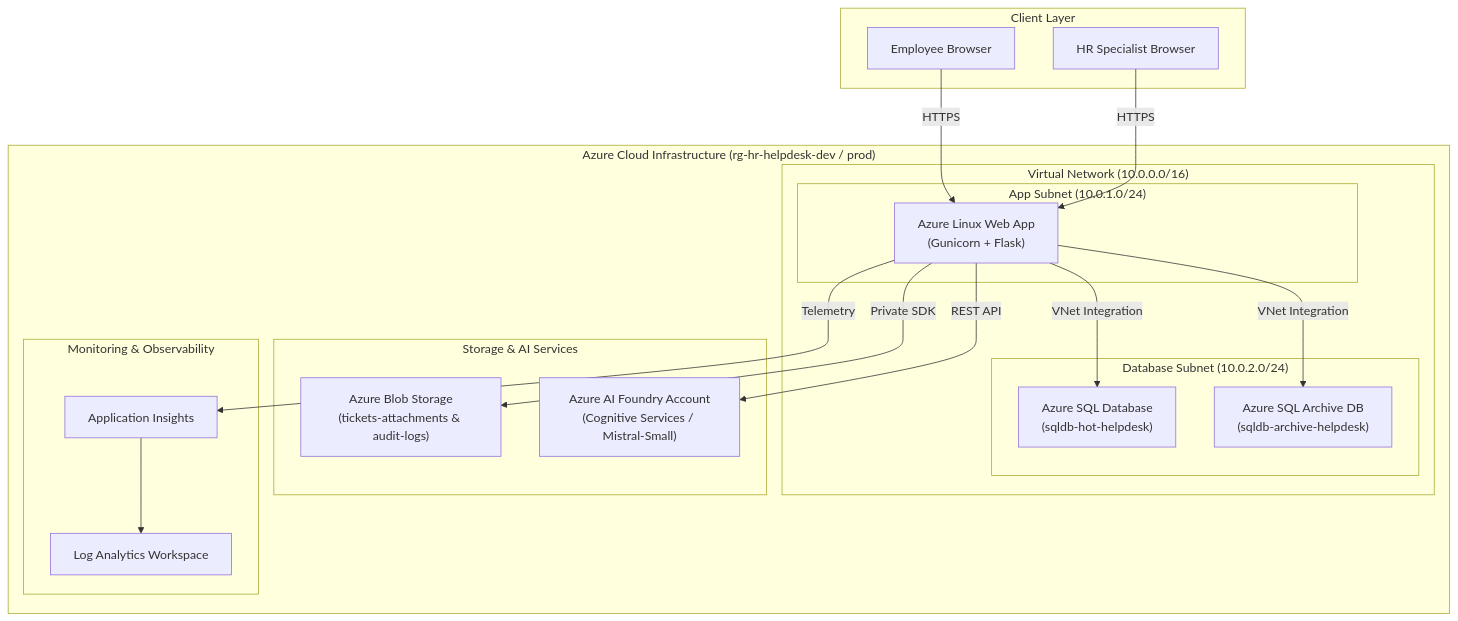
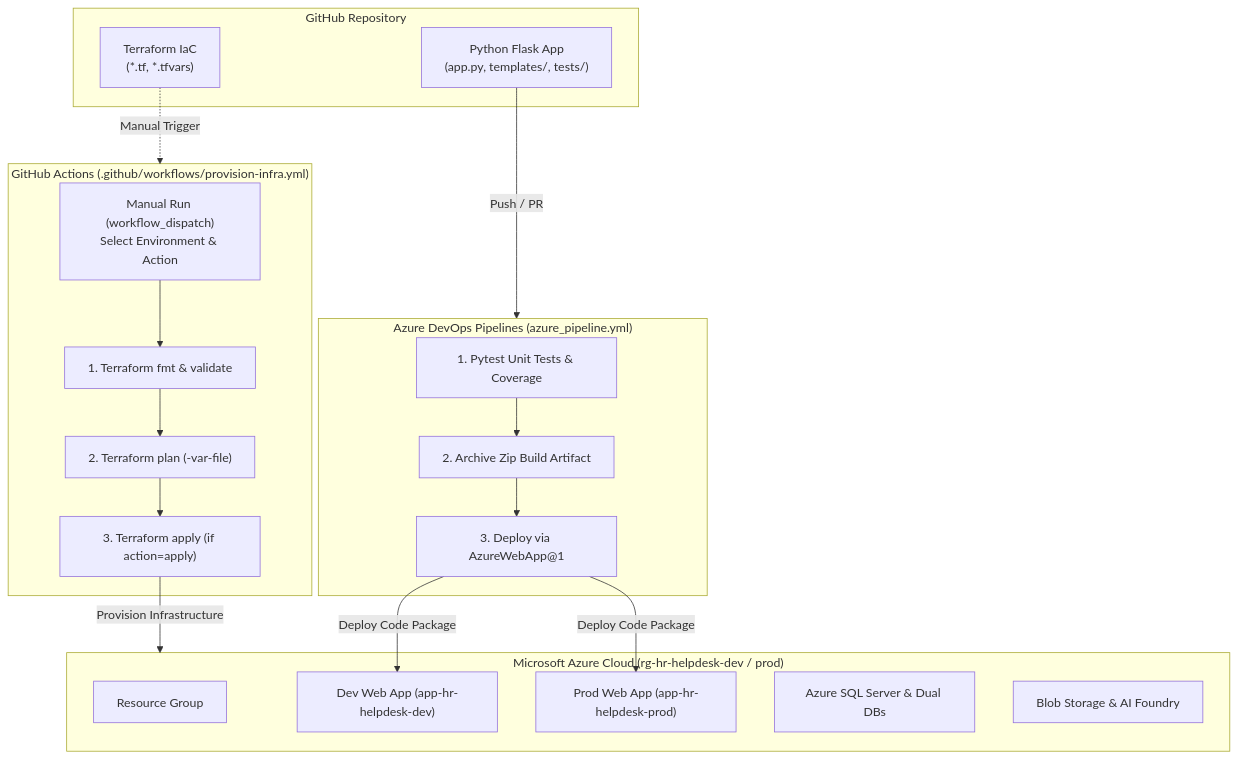
One commit to vigneshSrinivasan2005/my-azure-testing-ground changed the diagram in README.md. Above: the diagram before and after it, drawn with Mermaid. The commit also changed other lines of this file and 2 other files, not shown here.

Commit message:
feat: add GitHub Actions workflow for manual Terraform infrastructure provisioning and update documentation

````diff
--- a/README.md
+++ b/README.md
@@ -16,39 +16,37 @@
 ```mermaid
 flowchart TD
-    subgraph ClientLayer ["Client Layer"]
-        Employee["Employee Browser"]
-        HR["HR Specialist Browser"]
+    subgraph Repo ["GitHub Repository"]
+        InfraFiles["Terraform IaC\n(*.tf, *.tfvars)"]
+        AppFiles["Python Flask App\n(app.py, templates/, tests/)"]
     end
 
-    subgraph AzureCloud ["Azure Cloud Infrastructure (rg-hr-helpdesk-dev / prod)"]
-        subgraph VNet ["Virtual Network (10.0.0.0/16)"]
-            subgraph AppSubnet ["App Subnet (10.0.1.0/24)"]
-                WebApp["Azure Linux Web App\n(Gunicorn + Flask)"]
-            end
-
-            subgraph DBSubnet ["Database Subnet (10.0.2.0/24)"]
-                SQLHot["Azure SQL Database\n(sqldb-hot-helpdesk)"]
-                SQLArchive["Azure SQL Archive DB\n(sqldb-archive-helpdesk)"]
-            end
-        end
-
-        subgraph StorageLayer ["Storage & AI Services"]
-            BlobStorage["Azure Blob Storage\n(tickets-attachments & audit-logs)"]
-            AIFoundry["Azure AI Foundry Account\n(Cognitive Services / Mistral-Small)"]
-        end
-
-        subgraph MonitoringLayer ["Monitoring & Observability"]
-            AppInsights["Application Insights"]
-            LogAnalytics["Log Analytics Workspace"]
-        end
+    subgraph GitHubActions ["GitHub Actions (.github/workflows/provision-infra.yml)"]
+        ManualTrigger["Manual Run (workflow_dispatch)\nSelect Environment & Action"]
+        TFValidate["1. Terraform fmt & validate"]
+        TFPlan["2. Terraform plan (-var-file)"]
+        TFApply["3. Terraform apply (if action=apply)"]
     end
 
-    Employee -->|HTTPS| WebApp
-    HR -->|HTTPS| WebApp
-    WebApp -->|VNet Integration| SQLHot
-    WebApp -->|VNet Integration| SQLArchive
-    WebApp -->|Private SDK| BlobStorage
-    WebApp -->|REST API| AIFoundry
-    WebApp -->|Telemetry| AppInsights
-    AppInsights --> LogAnalytics
+    subgraph AzureDevOps ["Azure DevOps Pipelines (azure_pipeline.yml)"]
+        PyTest["1. Pytest Unit Tests & Coverage"]
+        PackageApp["2. Archive Zip Build Artifact"]
+        DeployApp["3. Deploy via AzureWebApp@1"]
+    end
+
+    subgraph AzureCloud ["Microsoft Azure Cloud (rg-hr-helpdesk-dev / prod)"]
+        RG["Resource Group"]
+        WebAppDev["Dev Web App (app-hr-helpdesk-dev)"]
+        WebAppProd["Prod Web App (app-hr-helpdesk-prod)"]
+        SQLDB["Azure SQL Server & Dual DBs"]
+        Storage["Blob Storage & AI Foundry"]
+    end
+
+    InfraFiles -.->|Manual Trigger| GitHubActions
+    ManualTrigger --> TFValidate --> TFPlan --> TFApply
+    TFApply -->|Provision Infrastructure| AzureCloud
+
+    AppFiles -->|Push / PR| AzureDevOps
+    PyTest --> PackageApp --> DeployApp
+    DeployApp -->|Deploy Code Package| WebAppDev
+    DeployApp -->|Deploy Code Package| WebAppProd
 ```
````
